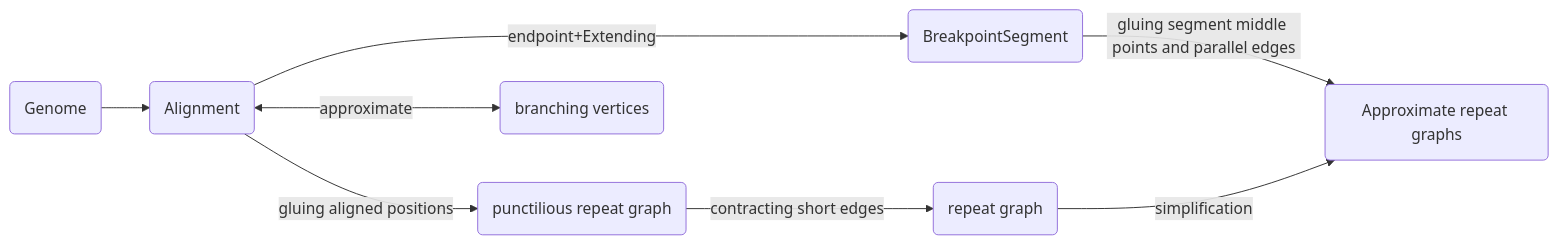
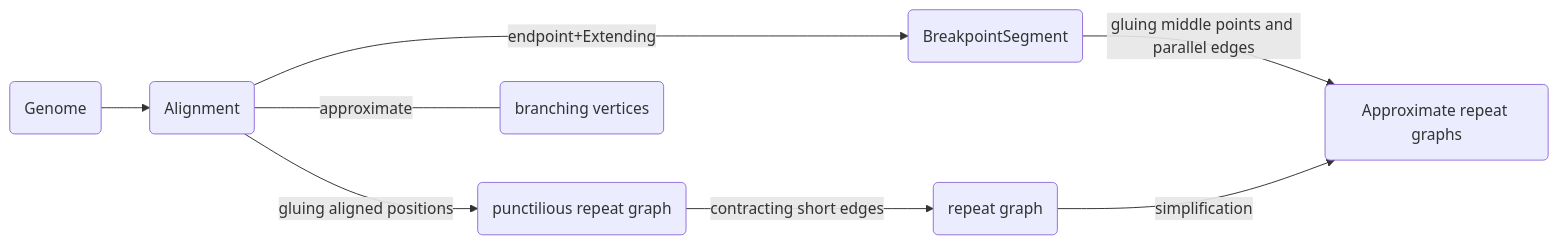
One commit to Wu-Haonan/Wu-Haonan.github.io changed the diagram in _posts/2021-07-14-Flye.md. Above: the diagram before and after it, drawn with Mermaid.

````diff
--- a/_posts/2021-07-14-Flye.md
+++ b/_posts/2021-07-14-Flye.md
@@ -88,10 +88,10 @@
 ```mermaid
 graph LR;
     A(Genome)-->B(Alignment);
     B-->|gluing aligned positions|C(punctilious repeat graph);
     C-->|contracting short edges|D(repeat graph);
     B-->|endpoint+Extending|E(BreakpointSegment);
-    E-->|gluing segment middle points and parallel edges|F(Approximate repeat graphs);
+    E-->|gluing middle points and parallel edges|F(Approximate repeat graphs);
     D-->|simplification|F;
-    B<-->|approximate|G(branching vertices);
+    B---|approximate|G(branching vertices);
 ```
````
